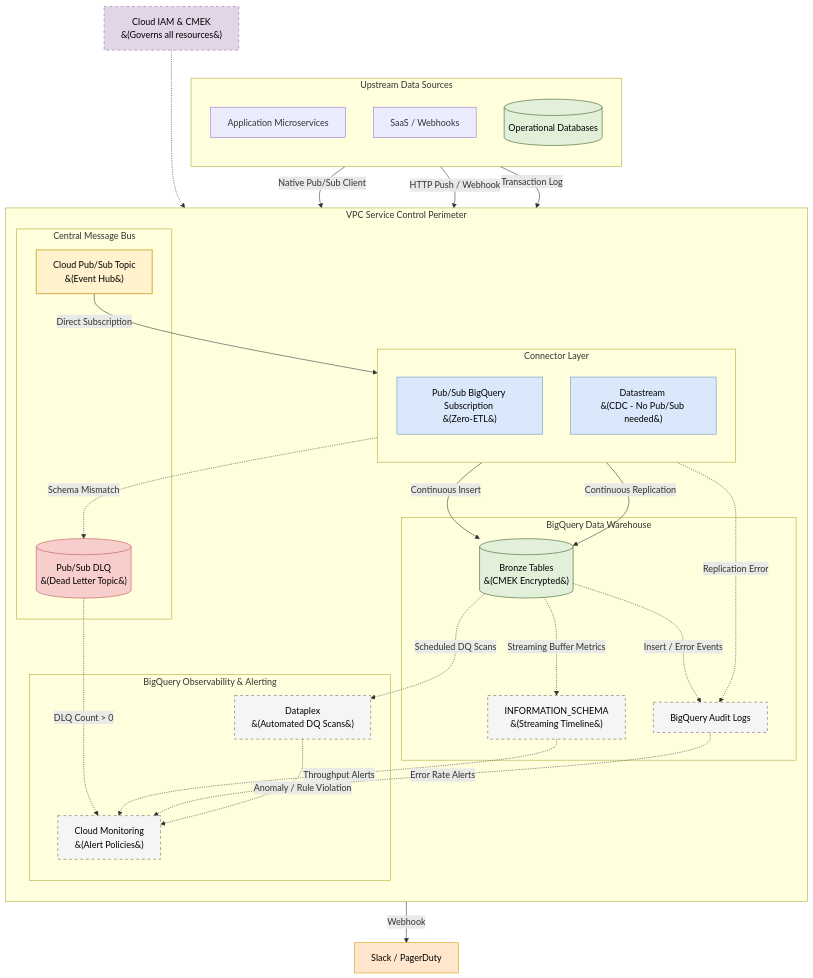
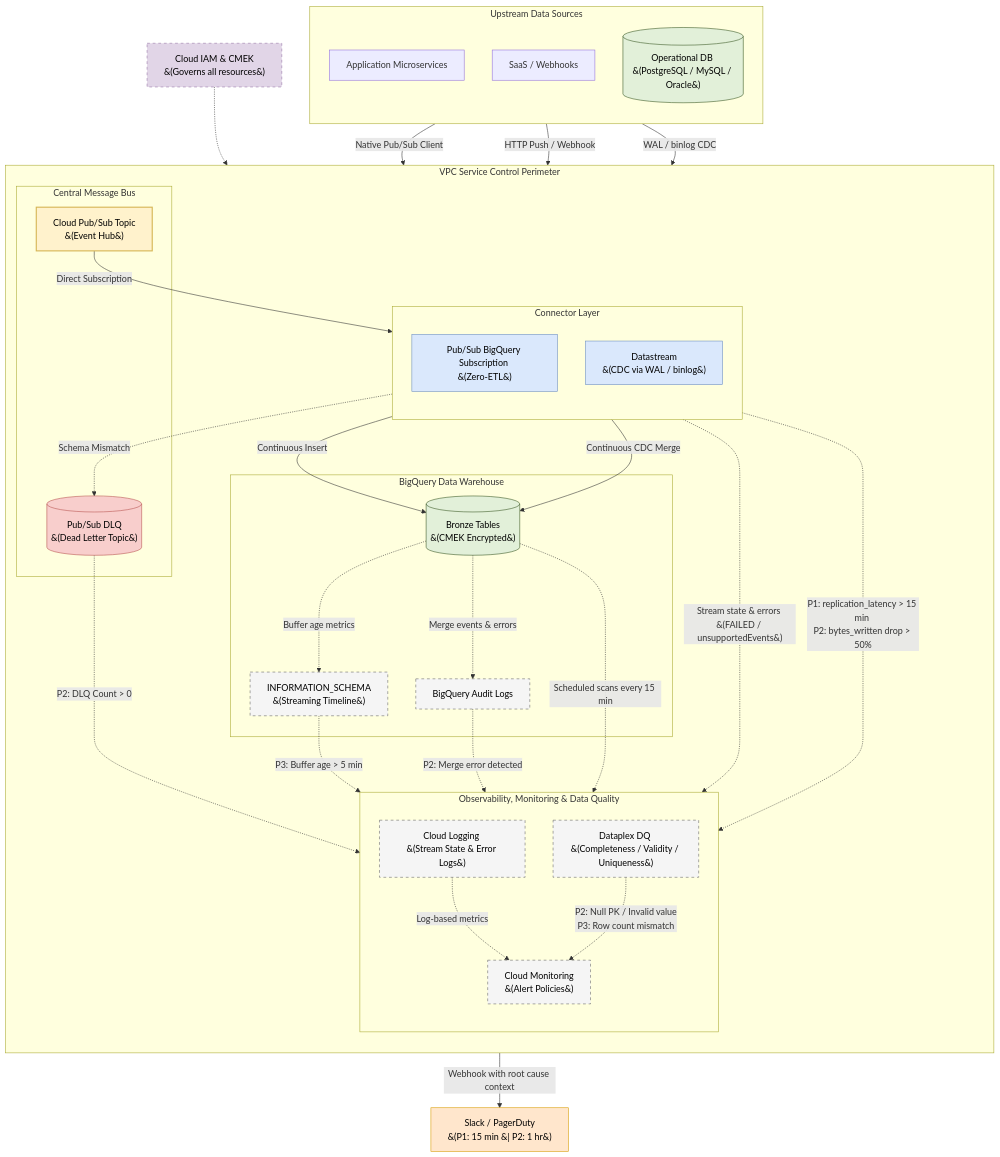
One commit to toanbui626391/data_architect changed the diagram in gcp/realtime_ingestion_architecture.md. Above: the diagram before and after it, drawn with Mermaid. The commit also changed other lines of this file, not shown here.

````diff
--- a/gcp/realtime_ingestion_architecture.md
+++ b/gcp/realtime_ingestion_architecture.md
@@ -23,7 +23,7 @@
         direction TB
         App[Application Microservices]
         SaaS[SaaS / Webhooks]
-        DB[(Operational Databases)]
+        DB[(Operational DB <br>&#40;PostgreSQL / MySQL / Oracle&#41;)]
     end
 
     subgraph VPCSC [VPC Service Control Perimeter]
@@ -37,7 +37,7 @@
         subgraph GCP_Connectors [Connector Layer]
             direction TB
             PubSubSub[Pub/Sub BigQuery Subscription <br>&#40;Zero-ETL&#41;]
-            Datastream[Datastream <br>&#40;CDC - No Pub/Sub needed&#41;]
+            Datastream[Datastream <br>&#40;CDC via WAL / binlog&#41;]
         end
 
         subgraph BigQuery [BigQuery Data Warehouse]
@@ -46,45 +46,53 @@
             AuditLog[BigQuery Audit Logs]
         end
 
-        subgraph BQObservability [BigQuery Observability & Alerting]
-            Dataplex[Dataplex <br>&#40;Automated DQ Scans&#41;]
+        subgraph Observability [Observability, Monitoring & Data Quality]
+            direction TB
+            CloudLog[Cloud Logging <br>&#40;Stream State & Error Logs&#41;]
+            Dataplex[Dataplex DQ <br>&#40;Completeness / Validity / Uniqueness&#41;]
             CloudMonitoring[Cloud Monitoring <br>&#40;Alert Policies&#41;]
         end
     end
 
-    Notification[Slack / PagerDuty]
+    Notification[Slack / PagerDuty <br>&#40;P1: 15 min &#124; P2: 1 hr&#41;]
     IAMNote[Cloud IAM & CMEK <br>&#40;Governs all resources&#41;]
 
-    %% All event sources publish to Pub/Sub first
+    %% Data ingestion paths
     App -->|Native Pub/Sub Client| PubSubTopic
     SaaS -->|HTTP Push / Webhook| PubSubTopic
-    DB -->|Transaction Log| Datastream
+    DB -->|WAL / binlog CDC| Datastream
 
-    %% Connectors route messages to Bronze
+    %% Connector → BigQuery
     PubSubTopic -->|Direct Subscription| PubSubSub
     PubSubSub -->|Continuous Insert| Bronze
-    Datastream -->|Continuous Replication| Bronze
+    Datastream -->|Continuous CDC Merge| Bronze
 
-    %% Dead Lettering
+    %% Dead Lettering — Pub/Sub path
     PubSubSub -.->|Schema Mismatch| DLQ
-    Datastream -.->|Replication Error| AuditLog
-    DLQ -.->|DLQ Count > 0| CloudMonitoring
+    DLQ -.->|P2: DLQ Count > 0| CloudMonitoring
 
-    %% BigQuery-Native Observability
-    Bronze -.->|Streaming Buffer Metrics| InfoSchema
-    Bronze -.->|Insert / Error Events| AuditLog
-    InfoSchema -.->|Throughput Alerts| CloudMonitoring
-    AuditLog -.->|Error Rate Alerts| CloudMonitoring
+    %% Layer 1: Datastream → Cloud Logging
+    Datastream -.->|Stream state & errors <br>&#40;FAILED / unsupportedEvents&#41;| CloudLog
+    CloudLog -.->|Log-based metrics| CloudMonitoring
 
-    %% BigQuery-Native DQ Testing
-    Bronze -.->|Scheduled DQ Scans| Dataplex
-    Dataplex -.->|Anomaly / Rule Violation| CloudMonitoring
+    %% Layer 2: Datastream → Monitoring &#40;time-series metrics&#41;
+    Datastream -.->|P1: replication_latency > 15 min <br>P2: bytes_written drop > 50%| CloudMonitoring
 
-    %% Alerting
-    CloudMonitoring -->|Webhook| Notification
+    %% Layer 3: BigQuery Destination Integrity
+    Bronze -.->|Buffer age metrics| InfoSchema
+    Bronze -.->|Merge events & errors| AuditLog
+    InfoSchema -.->|P3: Buffer age > 5 min| CloudMonitoring
+    AuditLog -.->|P2: Merge error detected| CloudMonitoring
 
-    %% Governance
-    IAMNote -..-> VPCSC
+    %% Layer 4: Dataplex DQ Scans &#40;semantic quality&#41;
+    Bronze -.->|Scheduled scans every 15 min| Dataplex
+    Dataplex -.->|P2: Null PK / Invalid value <br>P3: Row count mismatch| CloudMonitoring
+
+    %% Alerting output
+    CloudMonitoring -->|Webhook with root cause context| Notification
+
+    %% Governance overlay
+    IAMNote -.-> VPCSC
 
     %% Styling
     classDef storage fill:#e2f0d9,stroke:#385723,stroke-width:1px,color:#000;
@@ -99,7 +107,7 @@
     class PubSubSub,Datastream process;
     class PubSubTopic bus;
     class DLQ bad;
-    class InfoSchema,AuditLog,CloudMonitoring,Dataplex monitor;
+    class CloudLog,InfoSchema,AuditLog,CloudMonitoring,Dataplex monitor;
     class IAMNote security;
     class Notification alert;
 ```
````
